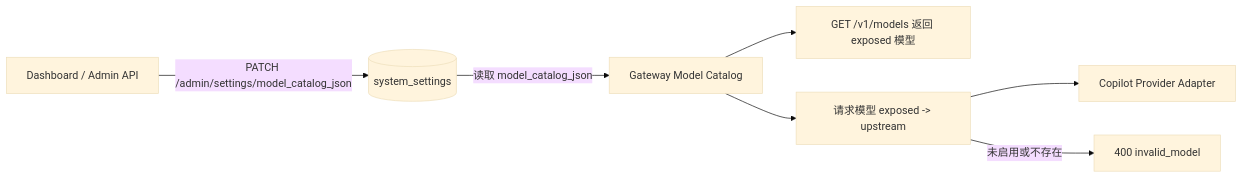
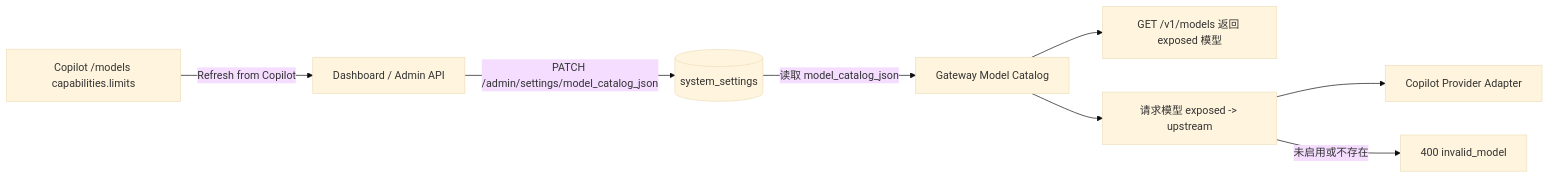
One commit to pczhao1210/ghcp-pool-proxy changed the fourth of 6 diagrams in docs/architecture.zh.md. Above: the diagram before and after it, drawn with Mermaid (base theme). The commit also changed other lines of this file and 11 other files, not shown here.

````diff
--- a/docs/architecture.zh.md
+++ b/docs/architecture.zh.md
@@ -102,9 +102,10 @@
 ```mermaid
 flowchart LR
+  CopilotModels["Copilot /models capabilities.limits"] -->|"Refresh from Copilot"| Admin["Dashboard / Admin API"]
   Admin["Dashboard / Admin API"] -->|"PATCH /admin/settings/model_catalog_json"| Settings[(system_settings)]
   Settings -->|"读取 model_catalog_json"| Catalog["Gateway Model Catalog"]
   Catalog --> Models["GET /v1/models 返回 exposed 模型"]
   Catalog --> Resolve["请求模型 exposed -> upstream"]
   Resolve --> Provider["Copilot Provider Adapter"]
   Resolve -->|"未启用或不存在"| Invalid["400 invalid_model"]
 ```
````
